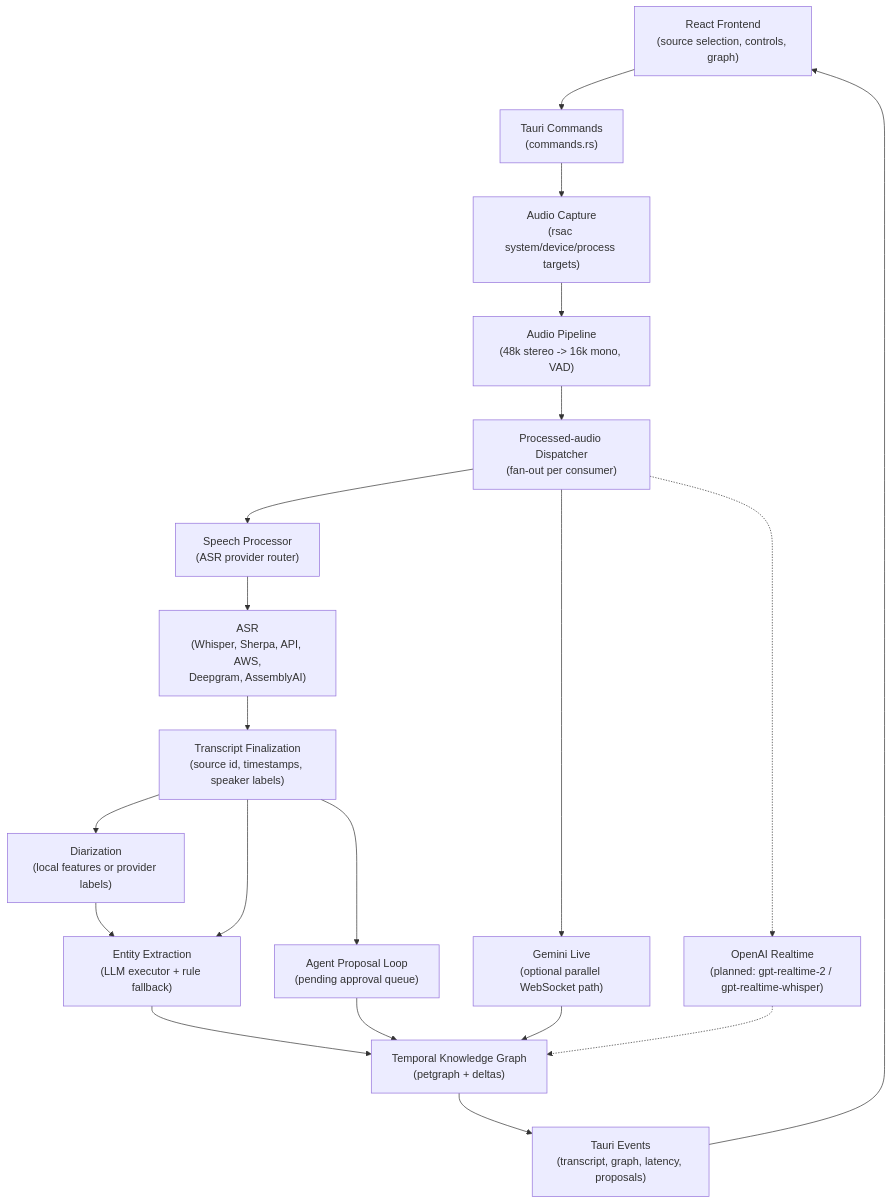
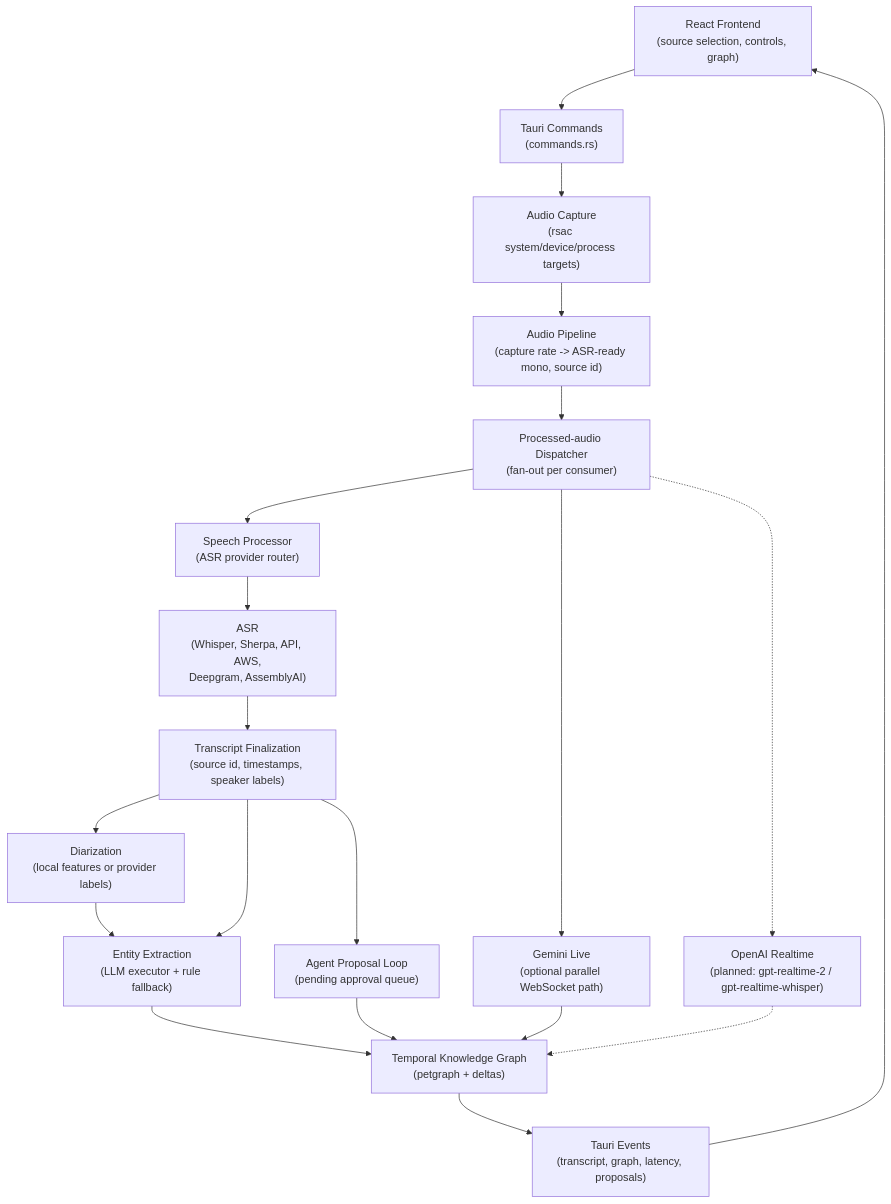
One commit to Codeseys-Labs/audio-graph changed the second of 11 diagrams in docs/ARCHITECTURE.md. Above: the diagram before and after it, drawn with Mermaid. The commit also changed other lines of this file and 38 other files, not shown here.

````diff
--- a/docs/ARCHITECTURE.md
+++ b/docs/ARCHITECTURE.md
@@ -219,25 +220,25 @@
 ```mermaid
 flowchart TD
     UI["React Frontend<br/>(source selection, controls, graph)"] --> CMD["Tauri Commands<br/>(commands.rs)"]
     CMD --> CAP["Audio Capture<br/>(rsac system/device/process targets)"]
-    CAP --> PIPE["Audio Pipeline<br/>(48k stereo -> 16k mono, VAD)"]
+    CAP --> PIPE["Audio Pipeline<br/>(capture rate -> ASR-ready mono, source id)"]
     PIPE --> BUS["Processed-audio Dispatcher<br/>(fan-out per consumer)"]
 
     BUS --> SPEECH["Speech Processor<br/>(ASR provider router)"]
     BUS --> GEMINI["Gemini Live<br/>(optional parallel WebSocket path)"]
     BUS -.-> OAI_RT["OpenAI Realtime<br/>(planned: gpt-realtime-2 / gpt-realtime-whisper)"]
 
     SPEECH --> ASR["ASR<br/>(Whisper, Sherpa, API, AWS,<br/>Deepgram, AssemblyAI)"]
     ASR --> JOIN["Transcript Finalization<br/>(source id, timestamps, speaker labels)"]
     JOIN --> DIAR["Diarization<br/>(local features or provider labels)"]
     JOIN --> EXTRACT["Entity Extraction<br/>(LLM executor + rule fallback)"]
     JOIN --> AGENT["Agent Proposal Loop<br/>(pending approval queue)"]
     DIAR --> EXTRACT
     EXTRACT --> GRAPH["Temporal Knowledge Graph<br/>(petgraph + deltas)"]
     GEMINI --> GRAPH
     OAI_RT -.-> GRAPH
     AGENT --> GRAPH
 
     GRAPH --> EVENTS["Tauri Events<br/>(transcript, graph, latency, proposals)"]
     EVENTS --> UI
 ```
````
